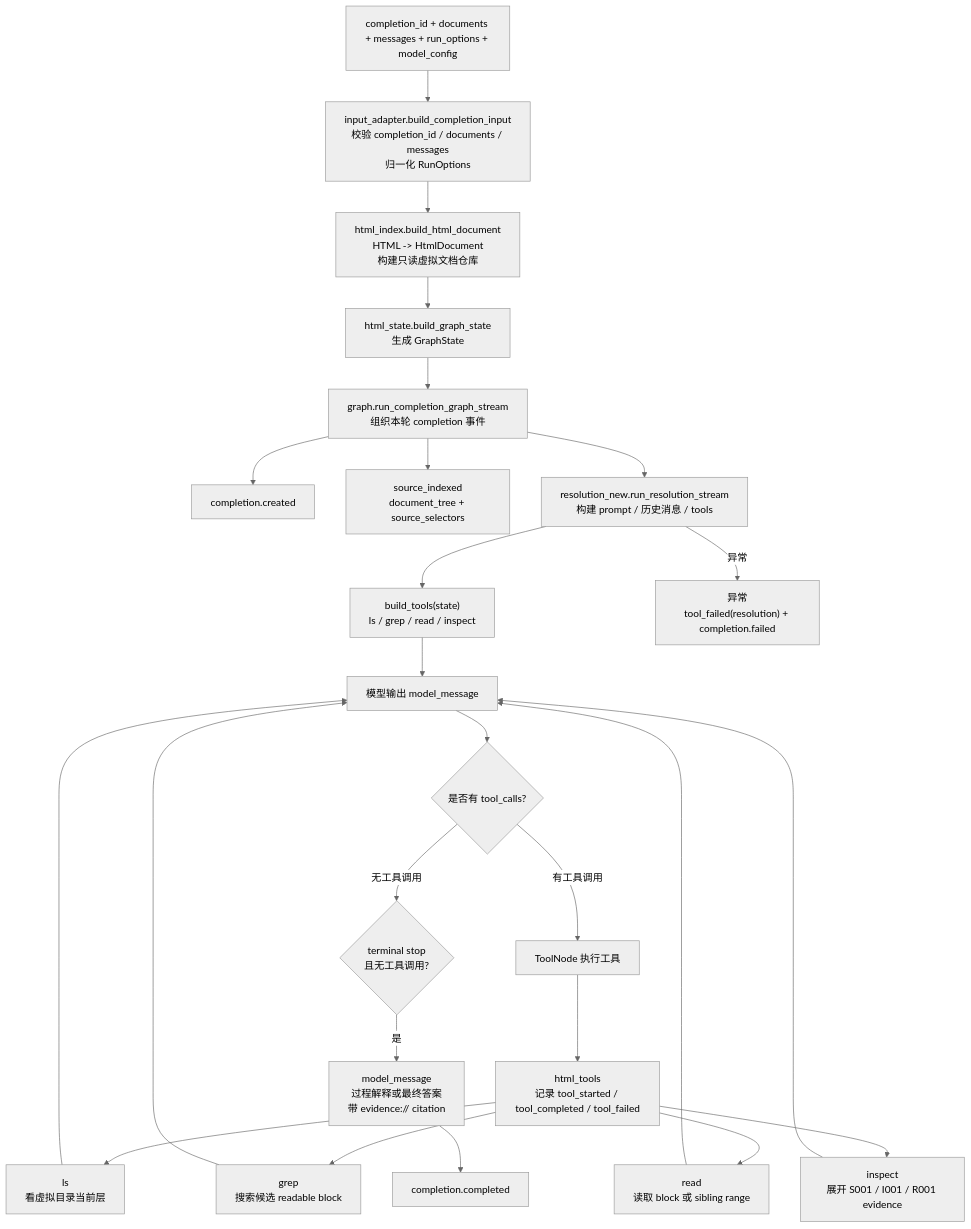
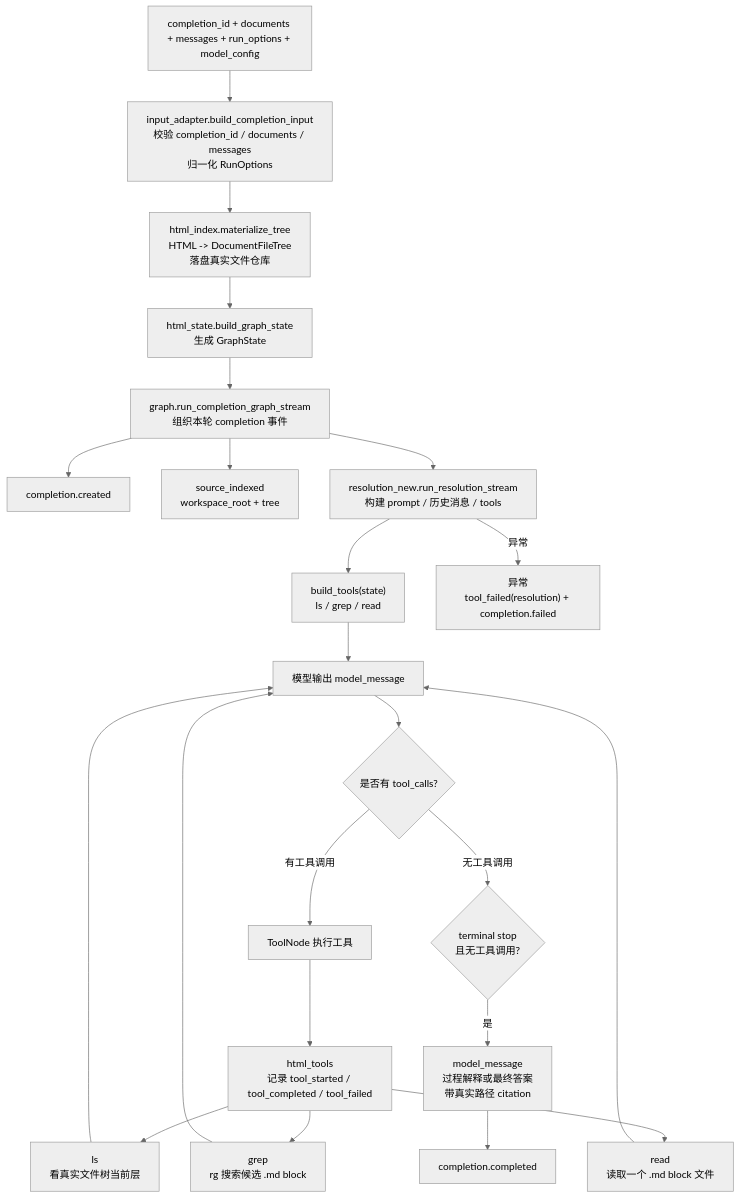
Before and after one commit to ADChahaha/TraceAgent: the diagram in agent/service/file_extraction_agent/docs/DESIGN.md, drawn with Mermaid (neutral theme). The commit also changed other lines of this file and 42 other files, not shown here.

````diff
--- a/agent/service/file_extraction_agent/docs/DESIGN.md
+++ b/agent/service/file_extraction_agent/docs/DESIGN.md
@@ -67,41 +66,38 @@
 ```mermaid
 flowchart TD
     A["completion_id + documents + messages + run_options + model_config"]
     B["input_adapter.build_completion_input<br/>校验 completion_id / documents / messages<br/>归一化 RunOptions"]
-    C["html_index.build_html_document<br/>HTML -> HtmlDocument<br/>构建只读虚拟文档仓库"]
+    C["html_index.materialize_tree<br/>HTML -> DocumentFileTree<br/>落盘真实文件仓库"]
     D["html_state.build_graph_state<br/>生成 GraphState"]
     E["graph.run_completion_graph_stream<br/>组织本轮 completion 事件"]
     F["completion.created"]
-    G["source_indexed<br/>document_tree + source_selectors"]
+    G["source_indexed<br/>workspace_root + tree"]
     H["resolution_new.run_resolution_stream<br/>构建 prompt / 历史消息 / tools"]
-    I["build_tools(state)<br/>ls / grep / read / inspect"]
+    I["build_tools(state)<br/>ls / grep / read"]
     J["模型输出 model_message"]
     K{"是否有 tool_calls?"}
     L["ToolNode 执行工具"]
     M["html_tools<br/>记录 tool_started / tool_completed / tool_failed"]
-    N["ls<br/>看虚拟目录当前层"]
-    O["grep<br/>搜索候选 readable block"]
-    P["read<br/>读取 block 或 sibling range"]
-    Q["inspect<br/>展开 S001 / I001 / R001 evidence"]
-    R["model_message<br/>过程解释或最终答案<br/>带 evidence:// citation"]
+    N["ls<br/>看真实文件树当前层"]
+    O["grep<br/>rg 搜索候选 .md block"]
+    P["read<br/>读取一个 .md block 文件"]
+    R["model_message<br/>过程解释或最终答案<br/>带真实路径 citation"]
     S{"terminal stop<br/>且无工具调用?"}
     T["completion.completed"]
     U["异常<br/>tool_failed(resolution) + completion.failed"]
 
     A --> B --> C --> D --> E
     E --> F
     E --> G
     E --> H --> I --> J --> K
     K -- "有工具调用" --> L --> M
     M --> N
     M --> O
     M --> P
-    M --> Q
     N --> J
     O --> J
     P --> J
-    Q --> J
     K -- "无工具调用" --> S
     S -- "是" --> R --> T
     H -- "异常" --> U
 ```
````
